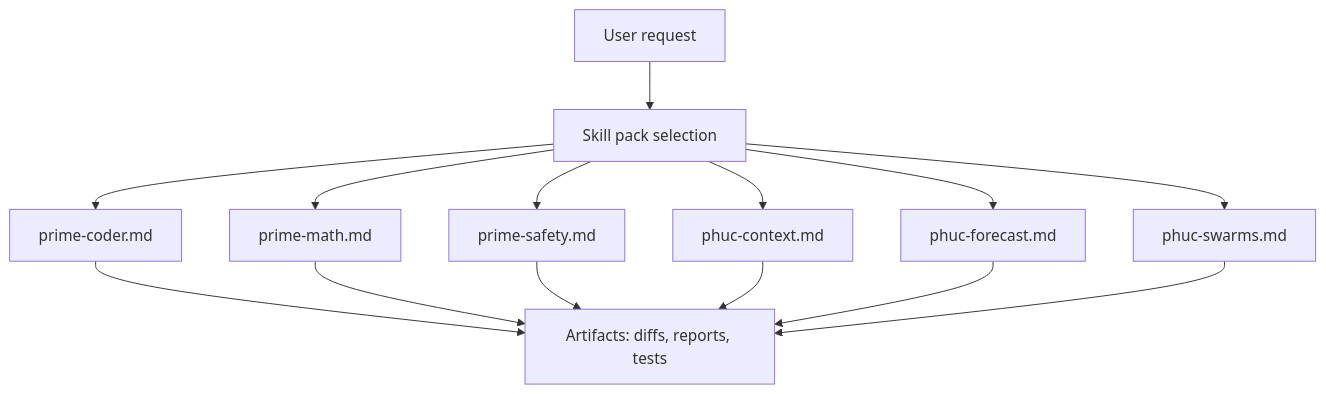
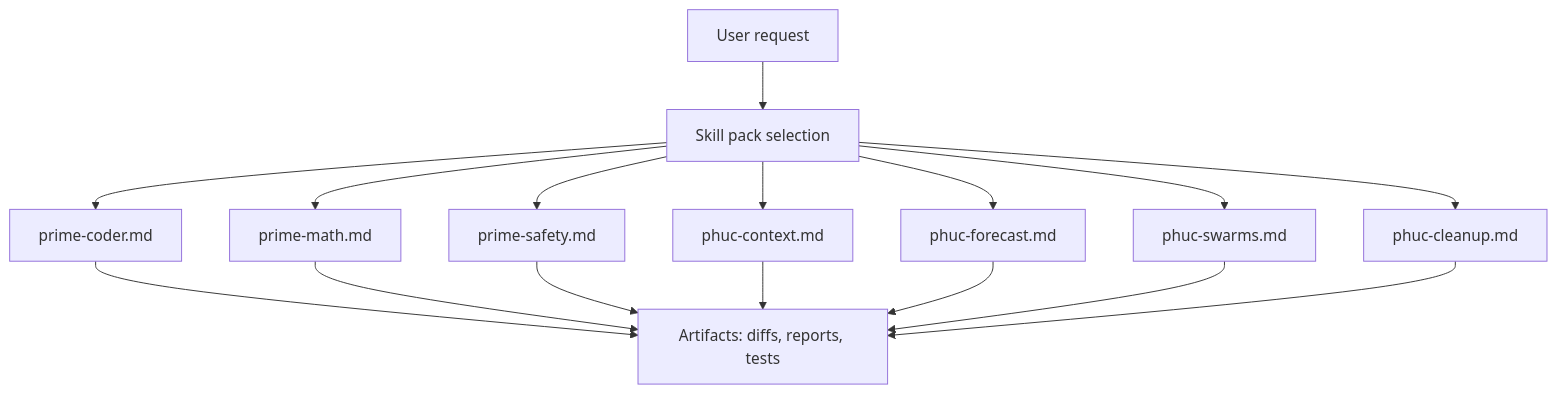
One commit to phuctruong/stillwater changed the first of 2 diagrams in skills/README.md. Above: the diagram before and after it, drawn with Mermaid. The commit also changed other lines of this file and 11 other files, not shown here.

````diff
--- a/skills/README.md
+++ b/skills/README.md
@@ -16,16 +17,18 @@
 ```mermaid
 flowchart TB
   U["User request"] --> PACK["Skill pack selection"]
   PACK --> PC["prime-coder.md"]
   PACK --> PM["prime-math.md"]
   PACK --> PS["prime-safety.md"]
   PACK --> CTX["phuc-context.md"]
   PACK --> FC["phuc-forecast.md"]
   PACK --> SW["phuc-swarms.md"]
+  PACK --> CLN["phuc-cleanup.md"]
   PC --> OUT["Artifacts: diffs, reports, tests"]
   PM --> OUT
   PS --> OUT
   CTX --> OUT
   FC --> OUT
   SW --> OUT
+  CLN --> OUT
 ```
````
